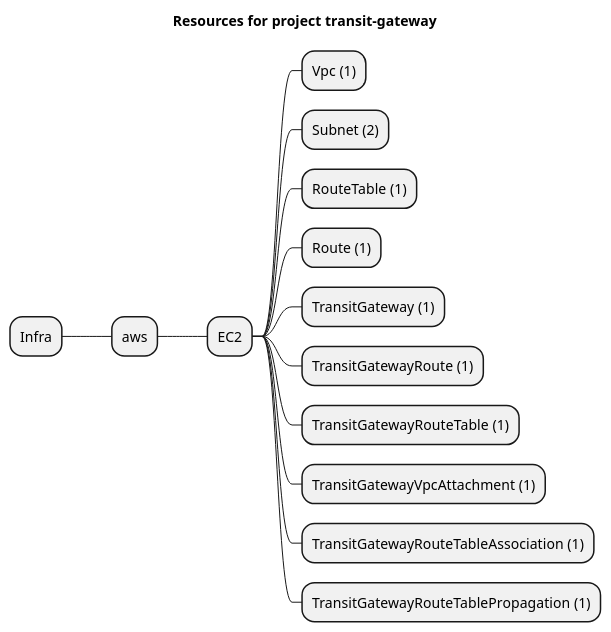
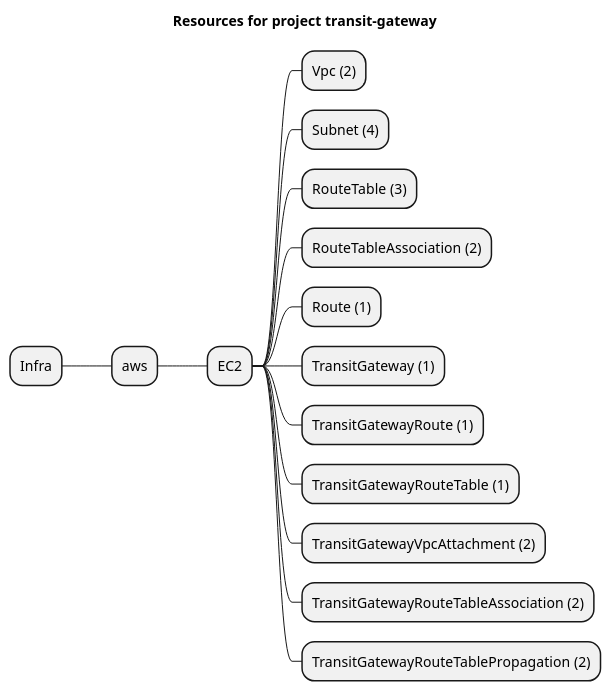
Before and after one commit to grucloud/grucloud: the diagram in examples/aws/EC2/transit-gateway/artifacts/resources-mindmap.puml, drawn with PlantUML. The commit also changed 9 other files, not shown here.

Commit message:
tgw vpc attachment from dependencies

```diff
--- a/examples/aws/EC2/transit-gateway/artifacts/resources-mindmap.puml
+++ b/examples/aws/EC2/transit-gateway/artifacts/resources-mindmap.puml
@@ -1,17 +1,18 @@
 @startmindmap
 title Resources for project transit-gateway
 skinparam monochrome true
 + Infra
 ++ aws
 +++ EC2
-++++ Vpc (1)
-++++ Subnet (2)
-++++ RouteTable (1)
+++++ Vpc (2)
+++++ Subnet (4)
+++++ RouteTable (3)
+++++ RouteTableAssociation (2)
 ++++ Route (1)
 ++++ TransitGateway (1)
 ++++ TransitGatewayRoute (1)
 ++++ TransitGatewayRouteTable (1)
-++++ TransitGatewayVpcAttachment (1)
-++++ TransitGatewayRouteTableAssociation (1)
-++++ TransitGatewayRouteTablePropagation (1)
+++++ TransitGatewayVpcAttachment (2)
+++++ TransitGatewayRouteTableAssociation (2)
+++++ TransitGatewayRouteTablePropagation (2)
 @endmindmap
```
